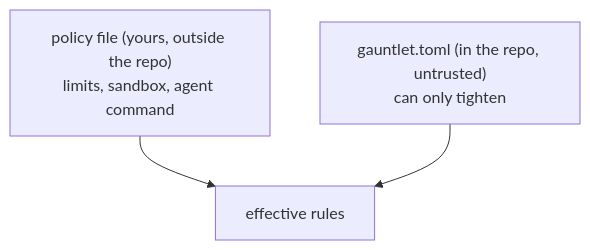
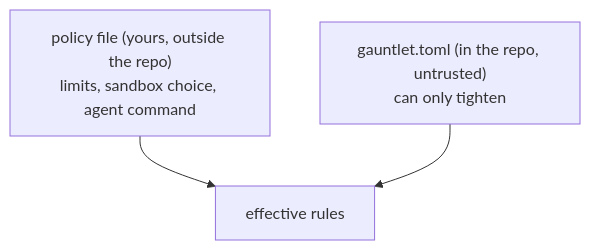
Before and after one commit to gajeshbhat/gauntlet: the third of 3 diagrams in docs/architecture.md, drawn with Mermaid. The commit also changed other lines of this file and 57 other files, not shown here.

````diff
--- a/docs/architecture.md
+++ b/docs/architecture.md
@@ -55,5 +52,5 @@
 ```mermaid
 flowchart TB
-    policy["policy file (yours, outside the repo)<br/>limits, sandbox, agent command"] --> eff["effective rules"]
+    policy["policy file (yours, outside the repo)<br/>limits, sandbox choice, agent command"] --> eff["effective rules"]
     repo["gauntlet.toml (in the repo, untrusted)<br/>can only tighten"] --> eff
 ```
````
